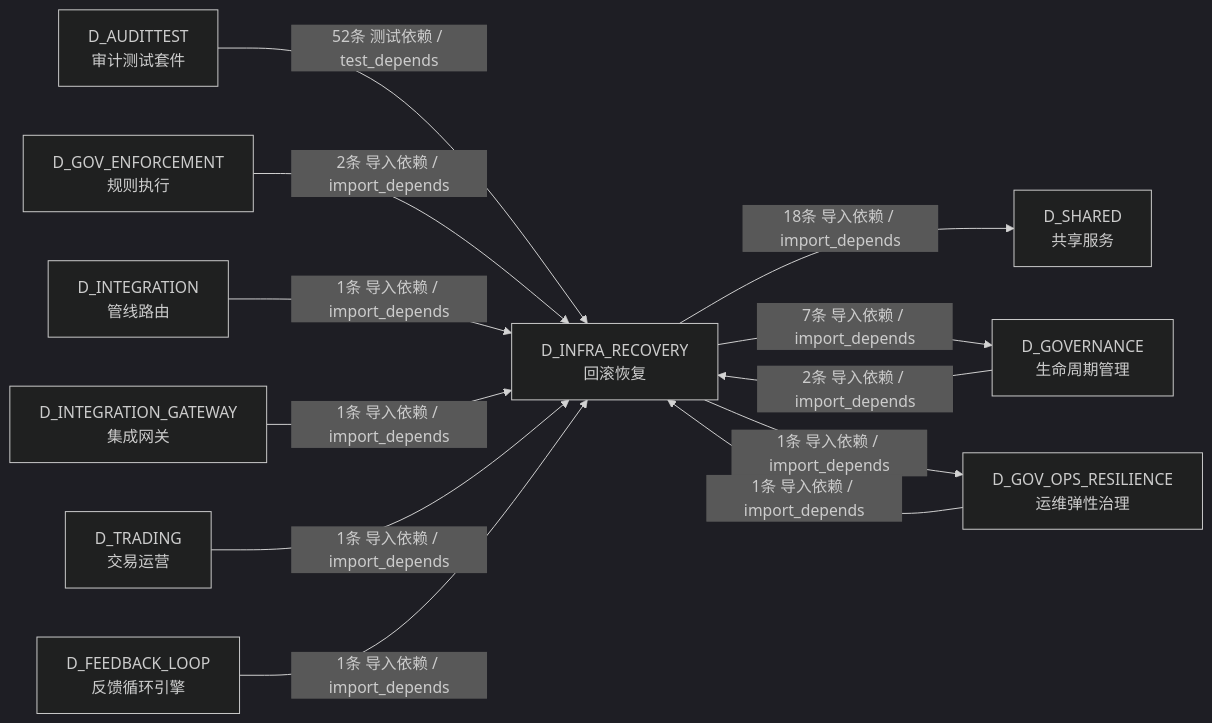
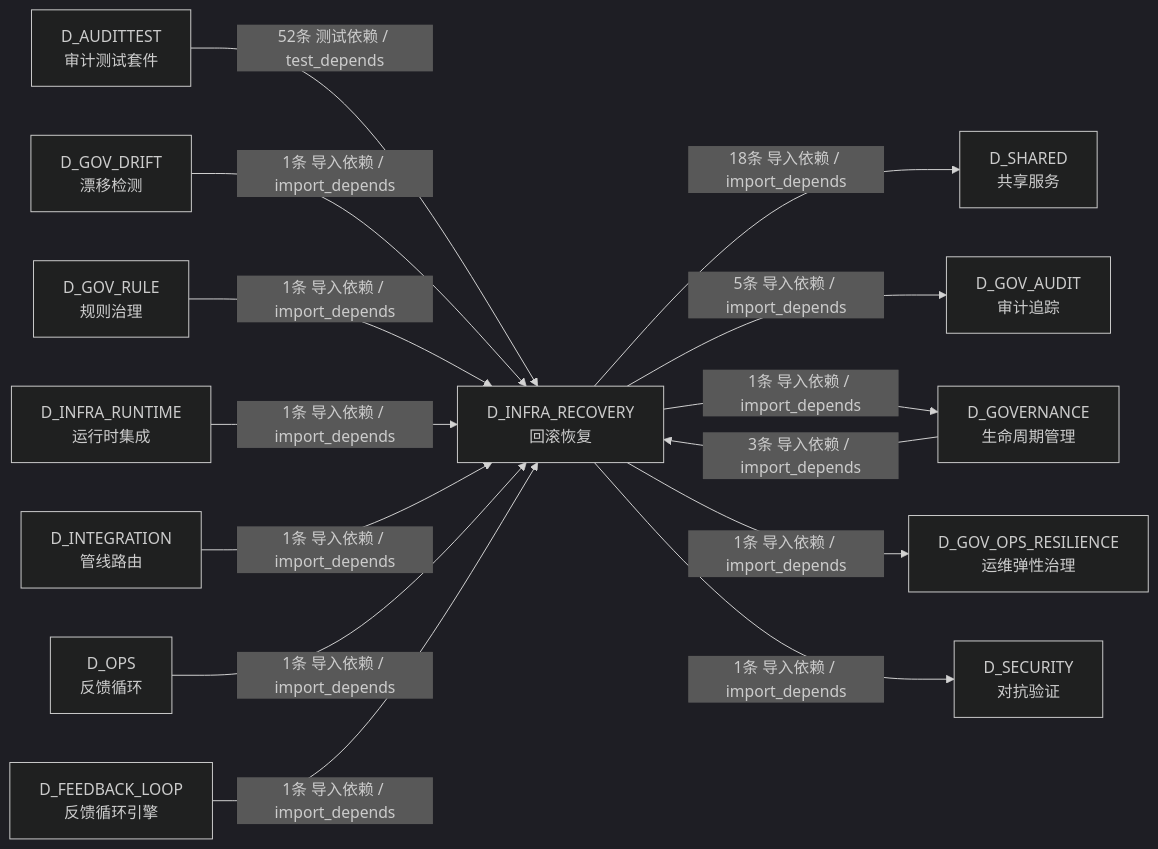
One commit to xuanFelixVan/ZephyrAlpha changed the fifth of 5 diagrams in docs/02_enterprise_architecture/02_domain_architecture_docs/03_d_infra_recovery.md. Above: the diagram before and after it, drawn with Mermaid (dark theme). The commit also changed other lines of this file and 60 other files, not shown here.

````diff
--- a/docs/02_enterprise_architecture/02_domain_architecture_docs/03_d_infra_recovery.md
+++ b/docs/02_enterprise_architecture/02_domain_architecture_docs/03_d_infra_recovery.md
@@ -548,24 +553,29 @@
 ```mermaid
 graph LR
     D_INFRA_RECOVERY["D_INFRA_RECOVERY<br/>回滚恢复"]
     D_SHARED["D_SHARED<br/>共享服务"]
+    D_GOV_AUDIT["D_GOV_AUDIT<br/>审计追踪"]
     D_GOVERNANCE["D_GOVERNANCE<br/>生命周期管理"]
     D_GOV_OPS_RESILIENCE["D_GOV_OPS_RESILIENCE<br/>运维弹性治理"]
+    D_SECURITY["D_SECURITY<br/>对抗验证"]
     D_AUDITTEST["D_AUDITTEST<br/>审计测试套件"]
-    D_GOV_ENFORCEMENT["D_GOV_ENFORCEMENT<br/>规则执行"]
+    D_GOV_DRIFT["D_GOV_DRIFT<br/>漂移检测"]
+    D_GOV_RULE["D_GOV_RULE<br/>规则治理"]
+    D_INFRA_RUNTIME["D_INFRA_RUNTIME<br/>运行时集成"]
     D_INTEGRATION["D_INTEGRATION<br/>管线路由"]
-    D_INTEGRATION_GATEWAY["D_INTEGRATION_GATEWAY<br/>集成网关"]
-    D_TRADING["D_TRADING<br/>交易运营"]
+    D_OPS["D_OPS<br/>反馈循环"]
     D_FEEDBACK_LOOP["D_FEEDBACK_LOOP<br/>反馈循环引擎"]
     D_INFRA_RECOVERY -->|18条 导入依赖 / import_depends| D_SHARED
-    D_INFRA_RECOVERY -->|7条 导入依赖 / import_depends| D_GOVERNANCE
+    D_INFRA_RECOVERY -->|5条 导入依赖 / import_depends| D_GOV_AUDIT
+    D_INFRA_RECOVERY -->|1条 导入依赖 / import_depends| D_GOVERNANCE
     D_INFRA_RECOVERY -->|1条 导入依赖 / import_depends| D_GOV_OPS_RESILIENCE
+    D_INFRA_RECOVERY -->|1条 导入依赖 / import_depends| D_SECURITY
     D_AUDITTEST -->|52条 测试依赖 / test_depends| D_INFRA_RECOVERY
-    D_GOV_ENFORCEMENT -->|2条 导入依赖 / import_depends| D_INFRA_RECOVERY
-    D_GOVERNANCE -->|2条 导入依赖 / import_depends| D_INFRA_RECOVERY
+    D_GOVERNANCE -->|3条 导入依赖 / import_depends| D_INFRA_RECOVERY
+    D_GOV_DRIFT -->|1条 导入依赖 / import_depends| D_INFRA_RECOVERY
+    D_GOV_RULE -->|1条 导入依赖 / import_depends| D_INFRA_RECOVERY
+    D_INFRA_RUNTIME -->|1条 导入依赖 / import_depends| D_INFRA_RECOVERY
     D_INTEGRATION -->|1条 导入依赖 / import_depends| D_INFRA_RECOVERY
-    D_INTEGRATION_GATEWAY -->|1条 导入依赖 / import_depends| D_INFRA_RECOVERY
-    D_TRADING -->|1条 导入依赖 / import_depends| D_INFRA_RECOVERY
+    D_OPS -->|1条 导入依赖 / import_depends| D_INFRA_RECOVERY
     D_FEEDBACK_LOOP -->|1条 导入依赖 / import_depends| D_INFRA_RECOVERY
-    D_GOV_OPS_RESILIENCE -->|1条 导入依赖 / import_depends| D_INFRA_RECOVERY
 ```
````
